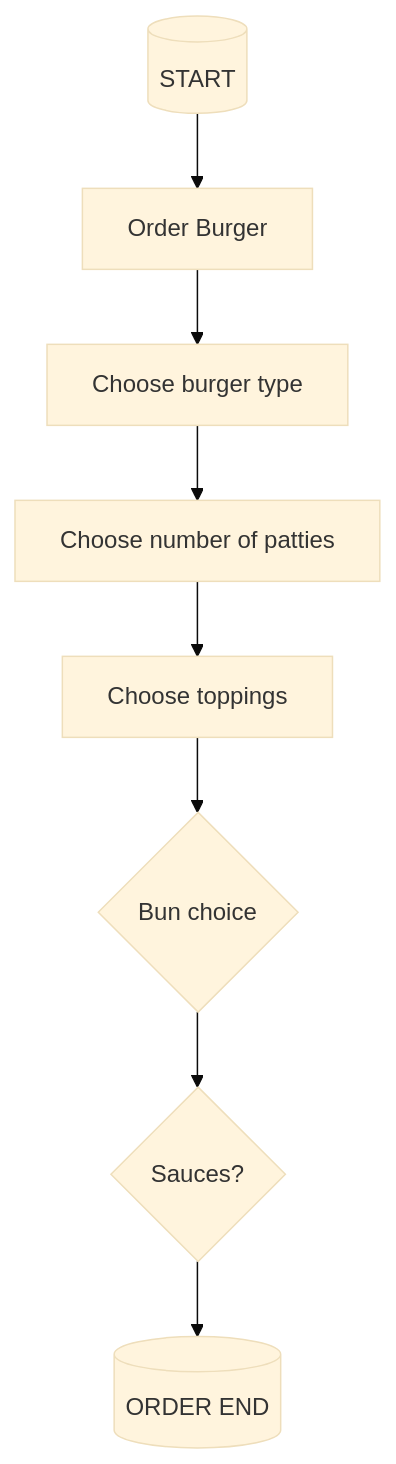
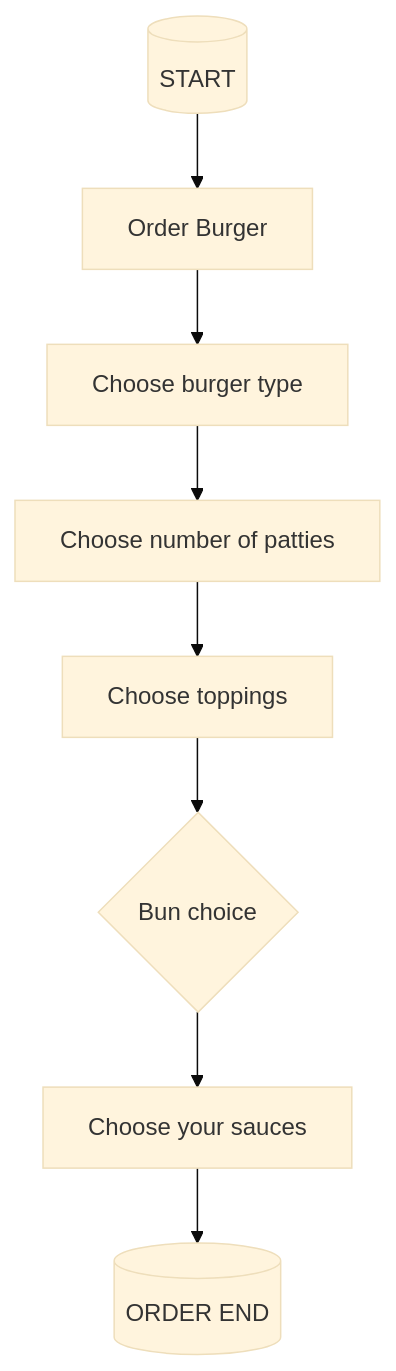
The diagram in README.md (delas6006/Debbie-Mankowitz-showcase-), drawn with Mermaid (base theme) before and after one commit.

````diff
--- a/README.md
+++ b/README.md
@@ -26,12 +26,12 @@
 ```mermaid
 graph TD;
 A[(START)]-->B[Order Burger]
 B -->C[Choose burger type]
 C -->D[Choose number of patties]
 D -->E[Choose toppings]
 E -->F{Bun choice}
-F -->G{Sauces?}
+F -->G[Choose your sauces]
 G -->H{Drinks?}
 H[(ORDER END)]
 
 ```
````
